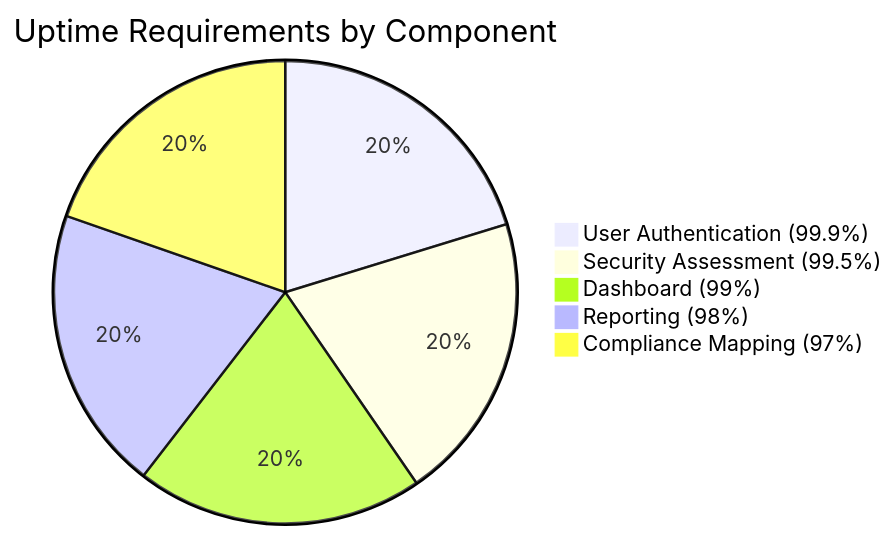
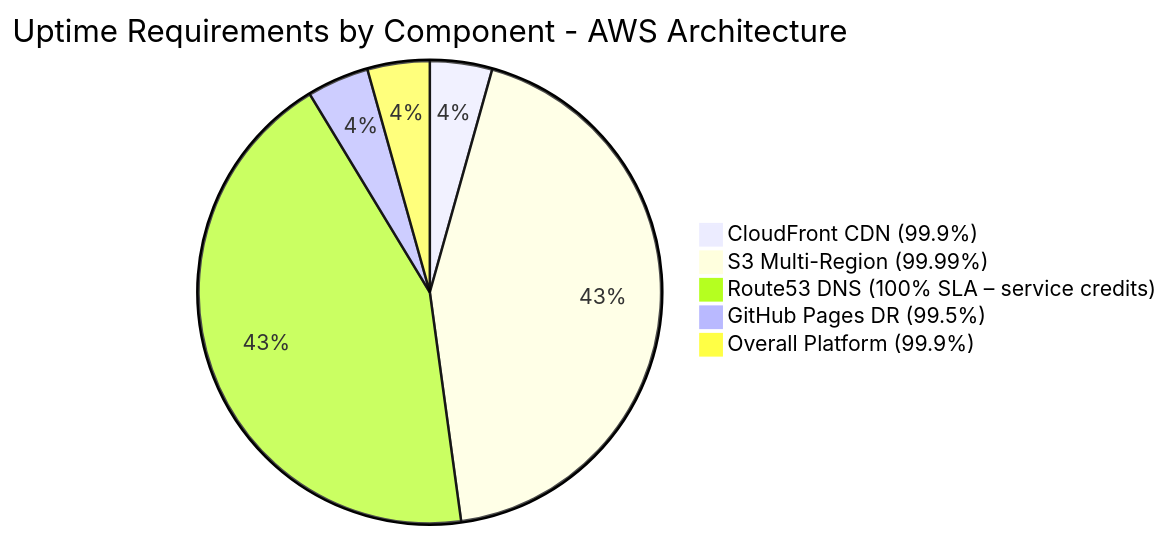
Diagram 14 of 33 in docs/architecture/BCPPlan.md (Hack23/cia-compliance-manager), drawn with Mermaid before and after one commit. The commit also changed other lines of this file and 6 other files, not shown here.

First line of the commit message:
docs: align architecture docs with Hack23 ISMS-PUBLIC standards (#942)

````diff
--- a/docs/architecture/BCPPlan.md
+++ b/docs/architecture/BCPPlan.md
@@ -493,8 +560,8 @@
 ```mermaid
-pie title Uptime Requirements by Component
-    "User Authentication (99.9%)" : 999
-    "Security Assessment (99.5%)" : 995
-    "Dashboard (99%)" : 990
-    "Reporting (98%)" : 980
-    "Compliance Mapping (97%)" : 970
+pie title Uptime Requirements by Component - AWS Architecture
+    "CloudFront CDN (99.9%)" : 999
+    "S3 Multi-Region (99.99%)" : 9999
+    "Route53 DNS (100% SLA – service credits)" : 10000
+    "GitHub Pages DR (99.5%)" : 995
+    "Overall Platform (99.9%)" : 999
 ```
````
